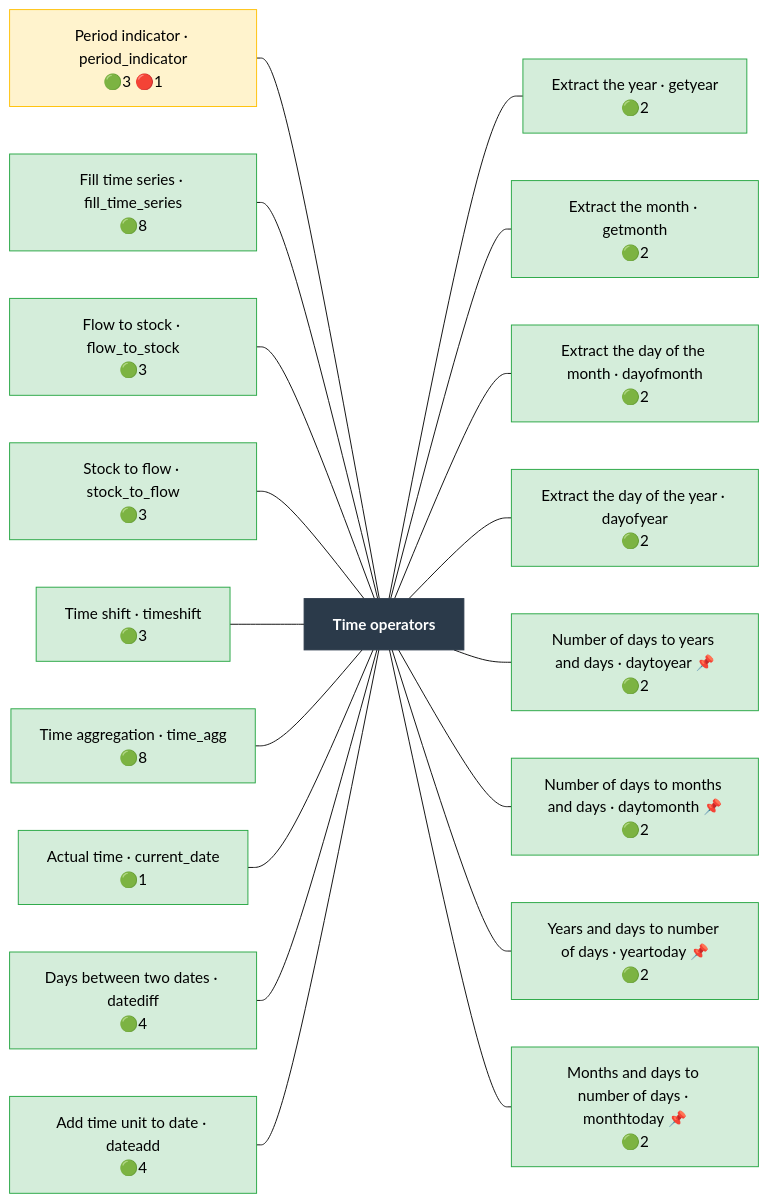
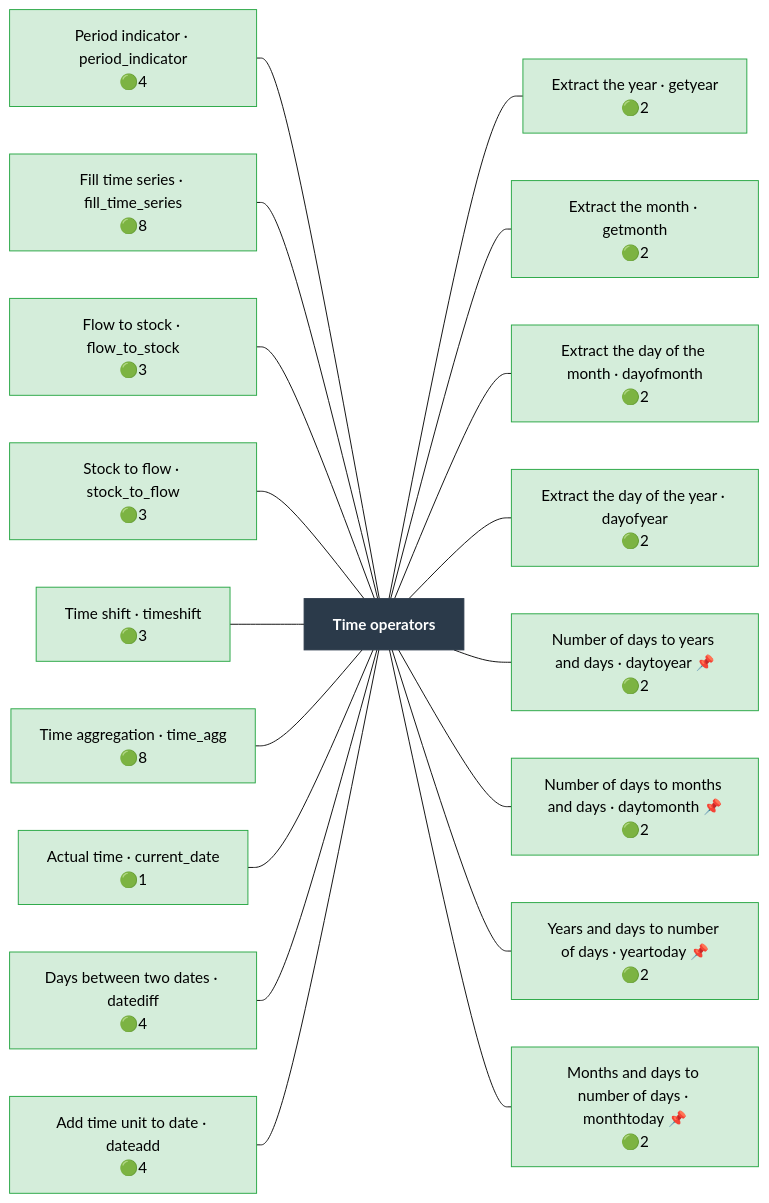
Before and after one commit to Meaningful-Data/vtlengine: the diagram in docs/operator_map/time/index.rst, drawn with Mermaid (base theme). The commit also changed other lines of this file and 175 other files, not shown here.

```diff
--- a/docs/operator_map/time/index.rst
+++ b/docs/operator_map/time/index.rst
@@ -24,63 +24,63 @@
 .. mermaid::
    :config: {"flowchart": {"useMaxWidth": false}}
 
    flowchart LR
        classDef ok fill:#d4edda,stroke:#28a745,color:#000
        classDef partial fill:#fff3cd,stroke:#ffc107,color:#000
        classDef refused fill:#d4edda,stroke:#28a745,stroke-width:3px,stroke-dasharray: 2 2,color:#000
        classDef missing fill:#f8d7da,stroke:#dc3545,color:#000
        classDef diverge fill:#cce5ff,stroke:#007bff,color:#000
        classDef block fill:#2b3a4a,stroke:#2b3a4a,color:#fff,font-weight:bold
        classDef ext fill:#fff,stroke:#666,color:#000,stroke-dasharray: 5 5
        B["Time operators"]:::block
-       time__period_indicator["Period indicator · period_indicator<br/>🟢3 🔴1"]:::partial
+       time__period_indicator["Period indicator · period_indicator<br/>🟢4"]:::ok
        time__fill_time_series["Fill time series · fill_time_series<br/>🟢8"]:::ok
        time__flow_to_stock["Flow to stock · flow_to_stock<br/>🟢3"]:::ok
        time__stock_to_flow["Stock to flow · stock_to_flow<br/>🟢3"]:::ok
        time__timeshift["Time shift · timeshift<br/>🟢3"]:::ok
        time__time_agg["Time aggregation · time_agg<br/>🟢8"]:::ok
        time__current_date["Actual time · current_date<br/>🟢1"]:::ok
        time__datediff["Days between two dates · datediff<br/>🟢4"]:::ok
        time__dateadd["Add time unit to date · dateadd<br/>🟢4"]:::ok
        time__getyear["Extract the year · getyear<br/>🟢2"]:::ok
        time__getmonth["Extract the month · getmonth<br/>🟢2"]:::ok
        time__dayofmonth["Extract the day of the month · dayofmonth<br/>🟢2"]:::ok
        time__dayofyear["Extract the day of the year · dayofyear<br/>🟢2"]:::ok
        time__daytoyear["Number of days to years and days · daytoyear 📌<br/>🟢2"]:::ok
        time__daytomonth["Number of days to months and days · daytomonth 📌<br/>🟢2"]:::ok
        time__yeartoday["Years and days to number of days · yeartoday 📌<br/>🟢2"]:::ok
        time__monthtoday["Months and days to number of days · monthtoday 📌<br/>🟢2"]:::ok
        time__period_indicator --- B
        time__fill_time_series --- B
        time__flow_to_stock --- B
        time__stock_to_flow --- B
        time__timeshift --- B
        time__time_agg --- B
        time__current_date --- B
        time__datediff --- B
        time__dateadd --- B
        B --- time__getyear
        B --- time__getmonth
        B --- time__dayofmonth
        B --- time__dayofyear
        B --- time__daytoyear
        B --- time__daytomonth
        B --- time__yeartoday
        B --- time__monthtoday
        click time__period_indicator href "period_indicator.html"
        click time__fill_time_series href "fill_time_series.html"
        click time__flow_to_stock href "flow_to_stock.html"
        click time__stock_to_flow href "stock_to_flow.html"
        click time__timeshift href "timeshift.html"
        click time__time_agg href "time_agg.html"
        click time__current_date href "current_date.html"
        click time__datediff href "datediff.html"
        click time__dateadd href "dateadd.html"
        click time__getyear href "getyear.html"
        click time__getmonth href "getmonth.html"
        click time__dayofmonth href "dayofmonth.html"
        click time__dayofyear href "dayofyear.html"
        click time__daytoyear href "daytoyear.html"
        click time__daytomonth href "daytomonth.html"
        click time__yeartoday href "yeartoday.html"
        click time__monthtoday href "monthtoday.html"
```
